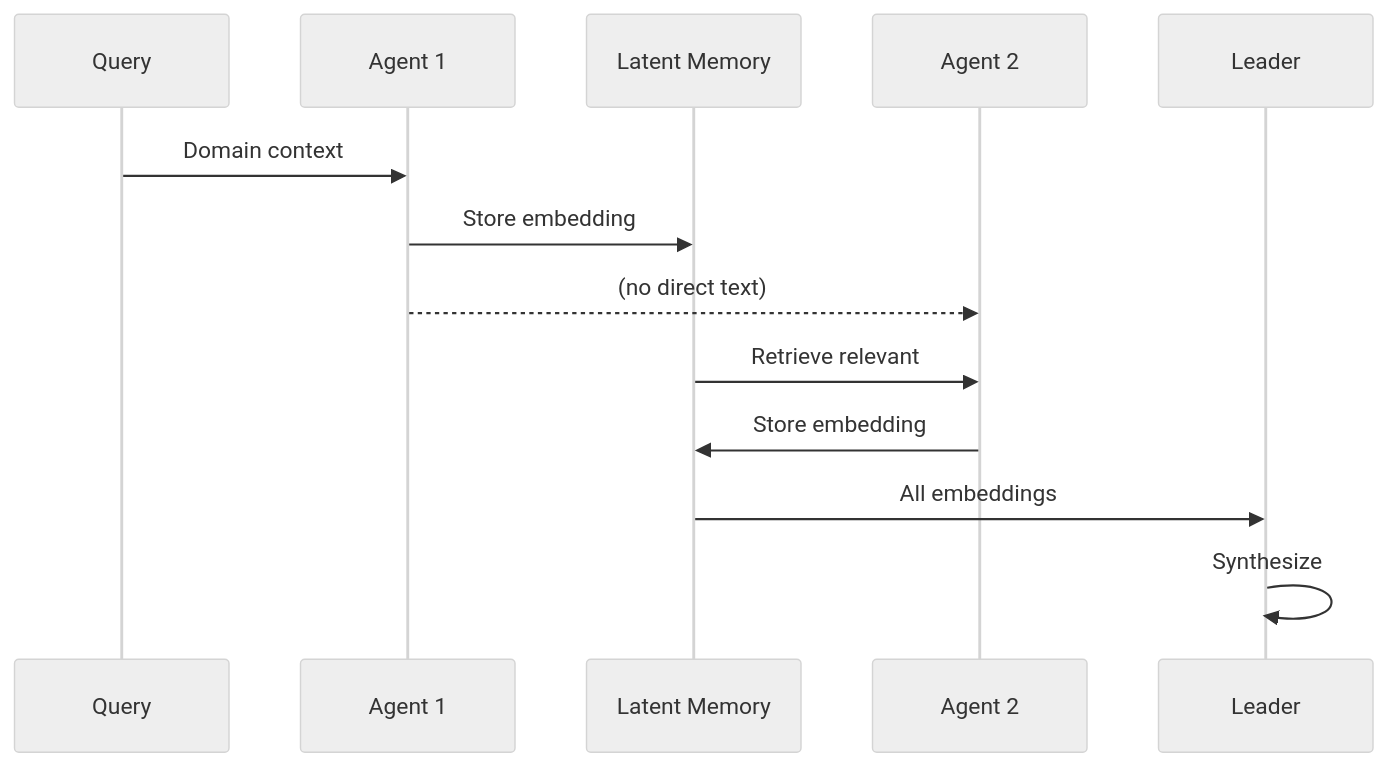
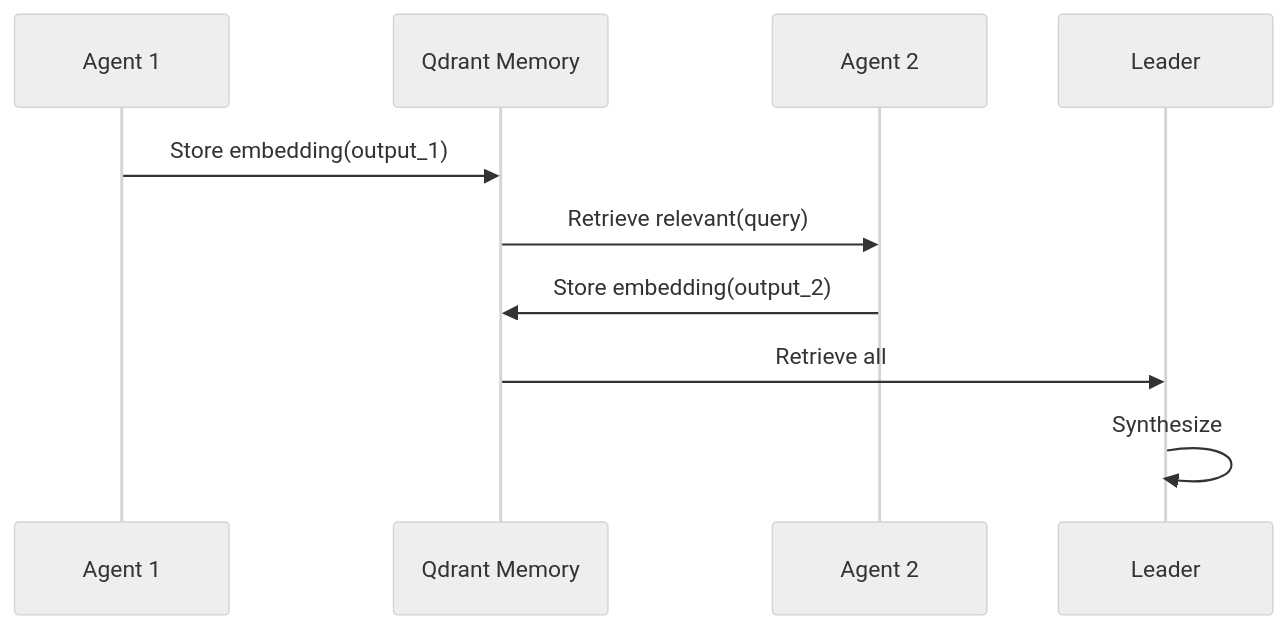
The second of 2 diagrams in src/gaius/agents/README.md (zndx/gaius), drawn with Mermaid (neutral theme) before and after one commit. The commit also changed other lines of this file and 8 other files, not shown here.

````diff
--- a/src/gaius/agents/README.md
+++ b/src/gaius/agents/README.md
@@ -155,16 +106,13 @@
 ```mermaid
 sequenceDiagram
-    participant Q as Query
     participant A1 as Agent 1
-    participant M as Latent Memory
+    participant M as Qdrant Memory
     participant A2 as Agent 2
     participant L as Leader
 
-    Q->>A1: Domain context
-    A1->>M: Store embedding
-    A1-->>A2: (no direct text)
-    M->>A2: Retrieve relevant
-    A2->>M: Store embedding
-    M->>L: All embeddings
+    A1->>M: Store embedding(output_1)
+    M->>A2: Retrieve relevant(query)
+    A2->>M: Store embedding(output_2)
+    M->>L: Retrieve all
     L->>L: Synthesize
 ```
````
